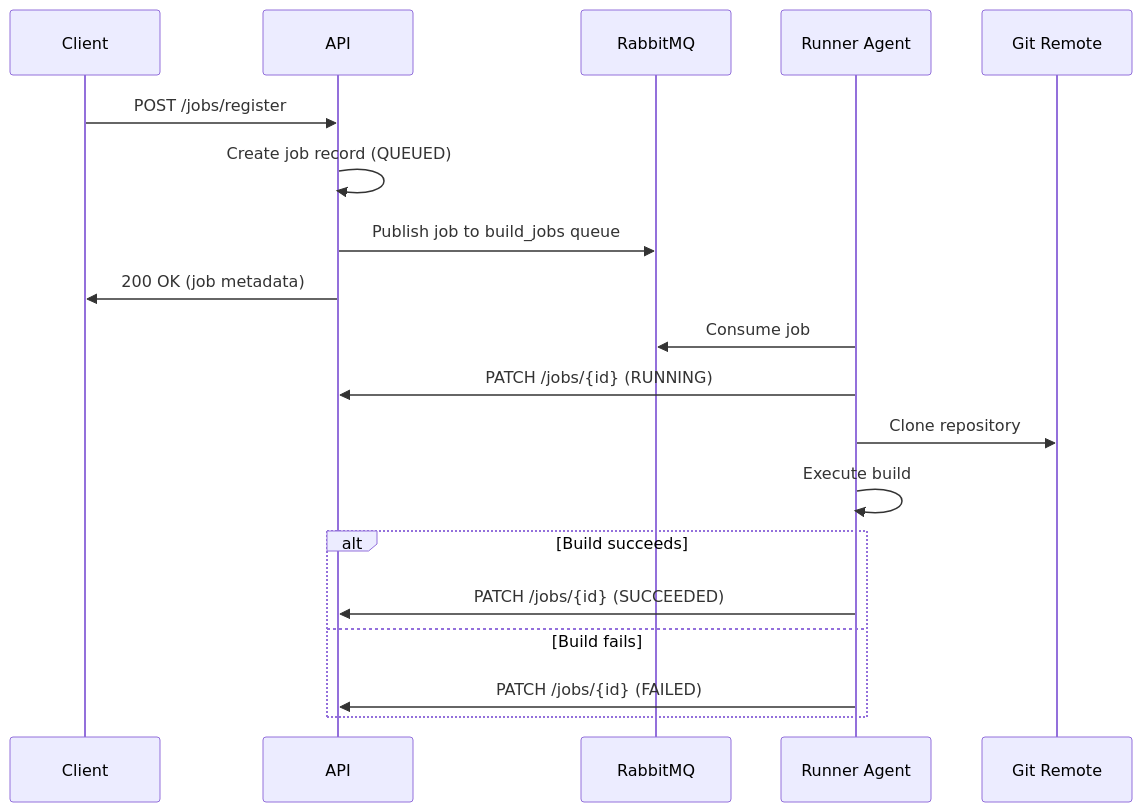
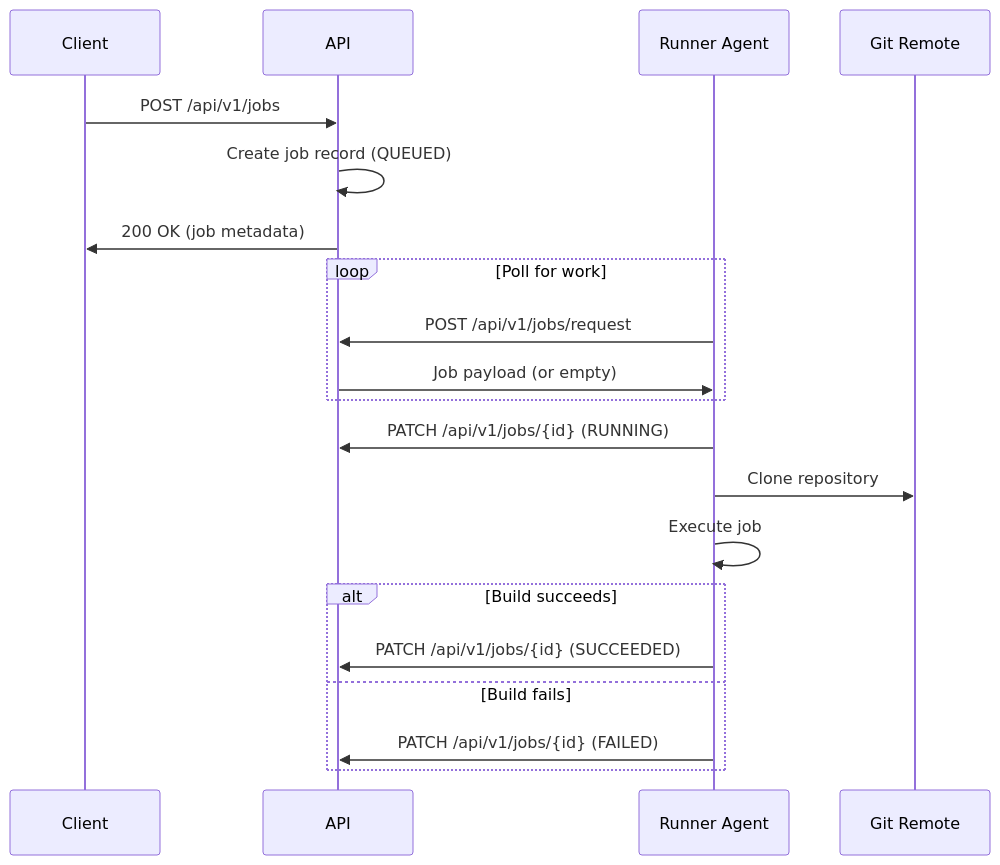
The second of 2 diagrams in docs/architecture.md (larryb02/Build-Server), drawn with Mermaid before and after one commit. The commit also changed other lines of this file and 2 other files, not shown here.

````diff
--- a/docs/architecture.md
+++ b/docs/architecture.md
@@ -31,23 +27,25 @@
 ``` mermaid
 sequenceDiagram
     participant C as Client
     participant A as API
-    participant Q as RabbitMQ
     participant R as Runner Agent
     participant G as Git Remote
 
-    C->>A: POST /jobs/register
+    C->>A: POST /api/v1/jobs
     A->>A: Create job record (QUEUED)
-    A->>Q: Publish job to build_jobs queue
     A->>C: 200 OK (job metadata)
 
-    R->>Q: Consume job
-    R->>A: PATCH /jobs/{id} (RUNNING)
+    loop Poll for work
+        R->>A: POST /api/v1/jobs/request
+        A->>R: Job payload (or empty)
+    end
+
+    R->>A: PATCH /api/v1/jobs/{id} (RUNNING)
     R->>G: Clone repository
-    R->>R: Execute build
+    R->>R: Execute job
     alt Build succeeds
-        R->>A: PATCH /jobs/{id} (SUCCEEDED)
+        R->>A: PATCH /api/v1/jobs/{id} (SUCCEEDED)
     else Build fails
-        R->>A: PATCH /jobs/{id} (FAILED)
+        R->>A: PATCH /api/v1/jobs/{id} (FAILED)
     end
 ```
````
